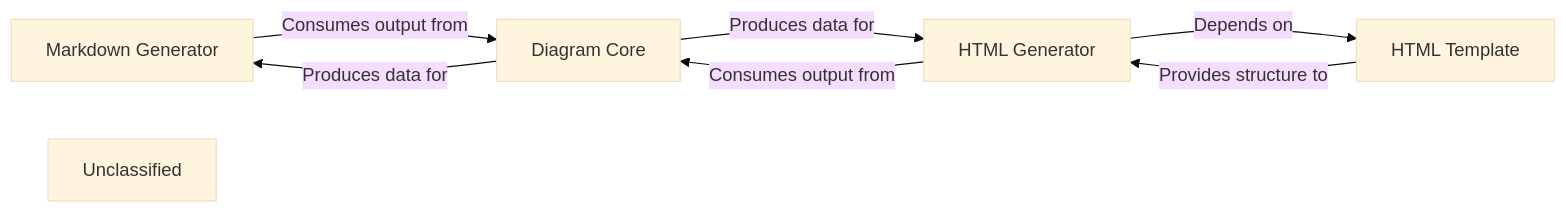
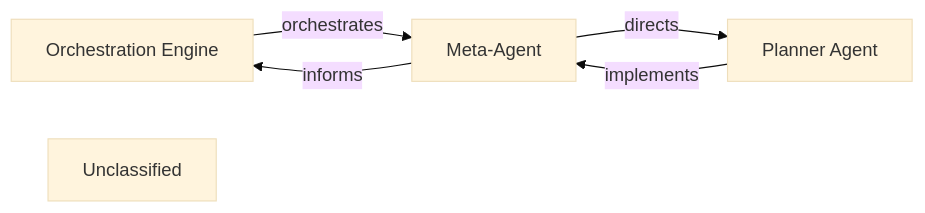
The third of 6 diagrams in docs/development/architecture.md (CodeBoarding/CodeBoarding), drawn with Mermaid (base theme) before and after one commit. The commit also changed other lines of this file and 21 other files, not shown here.

First line of the commit message:
docs: update codeboarding documentation and generate architecture

````diff
--- a/docs/development/architecture.md
+++ b/docs/development/architecture.md
@@ -176,14 +116,12 @@
 ```mermaid
 graph LR
-    Markdown_Generator["Markdown Generator"]
-    HTML_Generator["HTML Generator"]
-    Diagram_Core["Diagram Core"]
-    HTML_Template["HTML Template"]
+    Orchestration_Engine["Orchestration Engine"]
+    Meta_Agent["Meta-Agent"]
+    Planner_Agent["Planner Agent"]
     Unclassified["Unclassified"]
-    Markdown_Generator -- "Consumes output from" --> Diagram_Core
-    HTML_Generator -- "Depends on" --> HTML_Template
-    HTML_Generator -- "Consumes output from" --> Diagram_Core
-    Diagram_Core -- "Produces data for" --> Markdown_Generator
-    Diagram_Core -- "Produces data for" --> HTML_Generator
-    HTML_Template -- "Provides structure to" --> HTML_Generator
+    Orchestration_Engine -- "orchestrates" --> Meta_Agent
+    Meta_Agent -- "directs" --> Planner_Agent
+    Planner_Agent -- "implements" --> Meta_Agent
+    Meta_Agent -- "informs" --> Orchestration_Engine
+    click Orchestration_Engine href "https://github.com/CodeBoarding/CodeBoarding/blob/main/.codeboarding/Orchestration_Engine.md" "Details"
 ```
````
